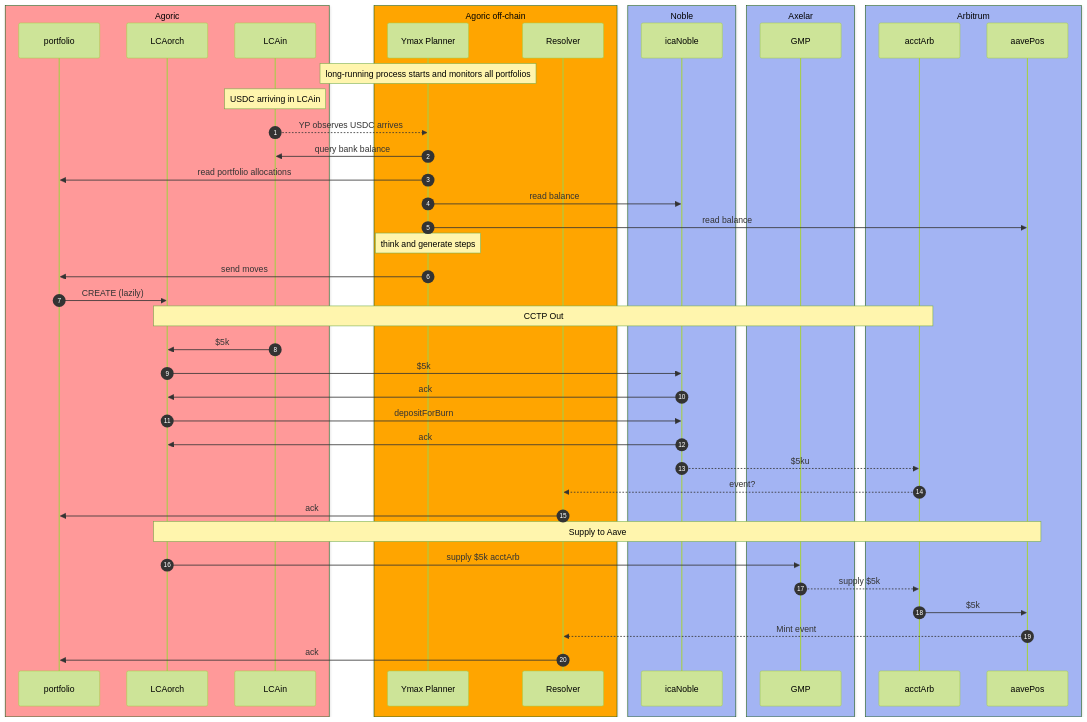
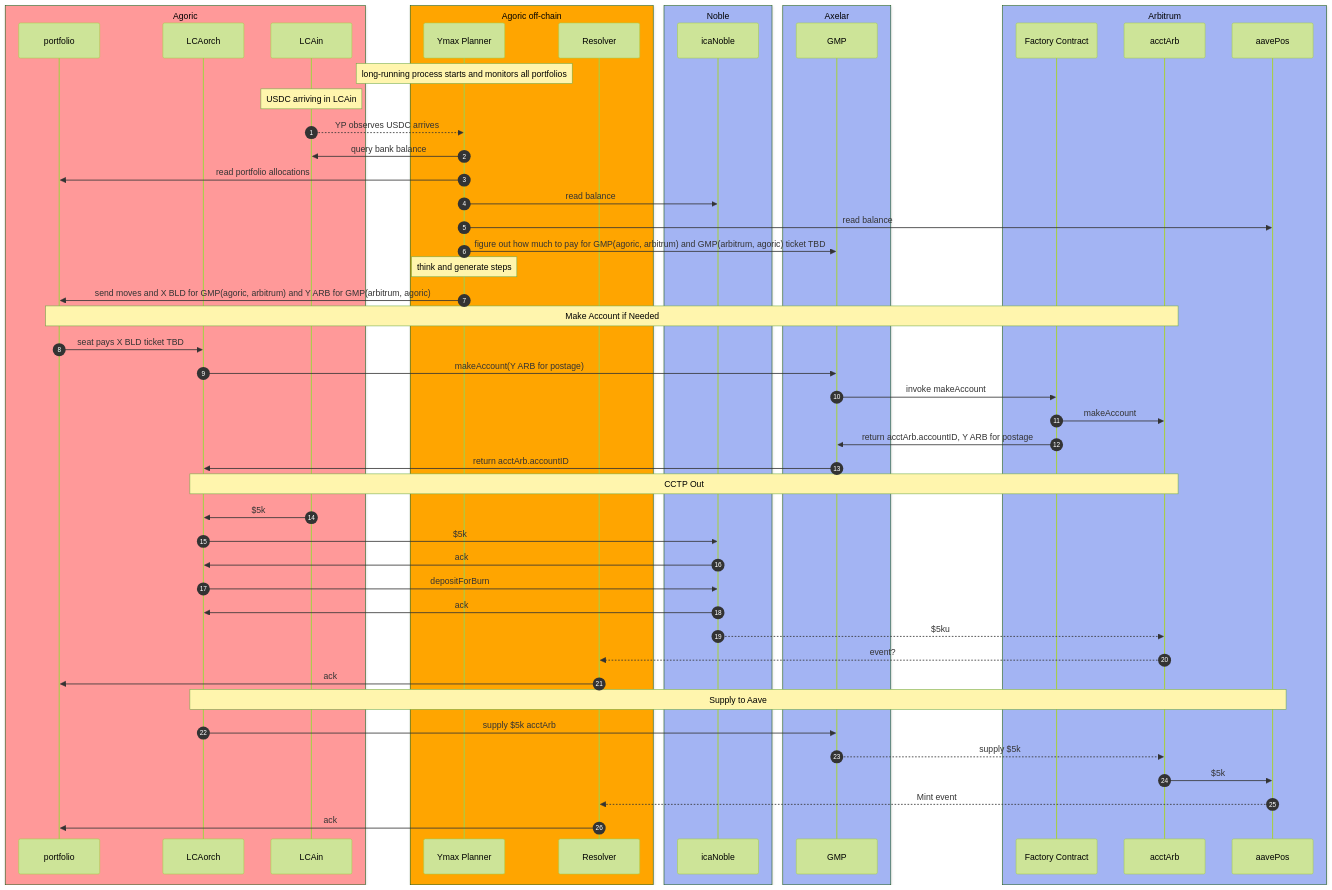
One commit to Agoric/agoric-sdk changed the fifth of 6 diagrams in packages/portfolio-contract/DESIGN-BETA.md. Above: the diagram before and after it, drawn with Mermaid (forest theme). The commit also changed other lines of this file, not shown here.

Commit message:
docs(portfolio-contract): add details for makeAccount

````diff
--- a/packages/portfolio-contract/DESIGN-BETA.md
+++ b/packages/portfolio-contract/DESIGN-BETA.md
@@ -79,58 +79,66 @@
 ```mermaid
 sequenceDiagram
   autonumber
 
   box rgb(255,153,153) Agoric
     participant portfolio
     participant LCAorch
     participant LCAin
   end
 
   box  rgb(255,165,0) Agoric off-chain
     participant YP as Ymax Planner
     participant Res as Resolver
   end
 
   box rgb(163,180,243) Noble
     participant icaN as icaNoble
   end
 
   box rgb(163,180,243) Axelar
     participant AX as GMP
   end
 
   box rgb(163,180,243) Arbitrum
+    participant factory as Factory Contract
     participant acctArb
     participant aavePos
   end
 
   %% Notation: ->> for initial message, -->> for consequences
 
   Note over YP: long-running process starts and monitors all portfolios
   Note over LCAin: USDC arriving in LCAin
   LCAin -->> YP: YP observes USDC arrives
   YP ->> LCAin: query bank balance
   YP ->> portfolio: read portfolio allocations
   YP ->> icaN: read balance
   YP ->> aavePos: read balance
+  YP ->> AX: figure out how much to pay for GMP(agoric, arbitrum) and GMP(arbitrum, agoric) ticket TBD
   Note over YP: think and generate steps
-  YP ->> portfolio: send moves
-  portfolio ->> LCAorch: CREATE (lazily)
+  YP ->> portfolio: send moves and X BLD for GMP(agoric, arbitrum) and Y ARB for GMP(arbitrum, agoric)
+  Note over portfolio, acctArb: Make Account if Needed
+  portfolio ->> LCAorch: seat pays X BLD ticket TBD
+  LCAorch ->> AX: makeAccount(Y ARB for postage)
+  AX ->> factory: invoke makeAccount
+  factory ->> acctArb: makeAccount
+  factory ->> AX: return acctArb.accountID, Y ARB for postage
+  AX ->> LCAorch: return acctArb.accountID
 
   Note over LCAorch, acctArb: CCTP Out
   LCAin ->> LCAorch: $5k
   LCAorch ->> icaN: $5k
   icaN ->> LCAorch: ack
   LCAorch ->> icaN: depositForBurn
   icaN ->> LCAorch: ack
   icaN -->> acctArb: $5ku
   acctArb -->> Res: event?
   Res ->> portfolio: ack
 
   Note over LCAorch, aavePos: Supply to Aave
   LCAorch ->> AX: supply $5k acctArb
   AX -->> acctArb: supply $5k
   acctArb ->> aavePos: $5k
   aavePos -->> Res: Mint event
   Res ->> portfolio: ack
 ```
````
